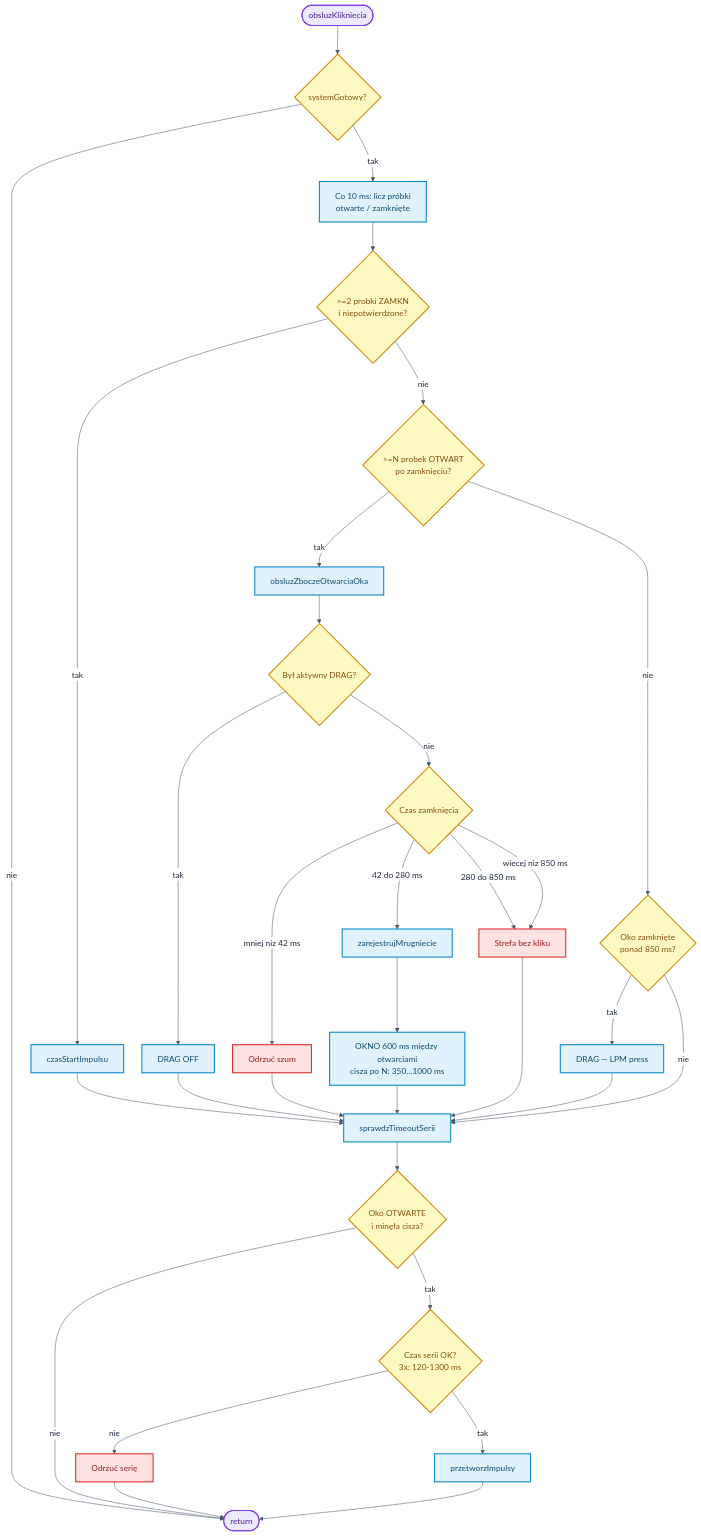
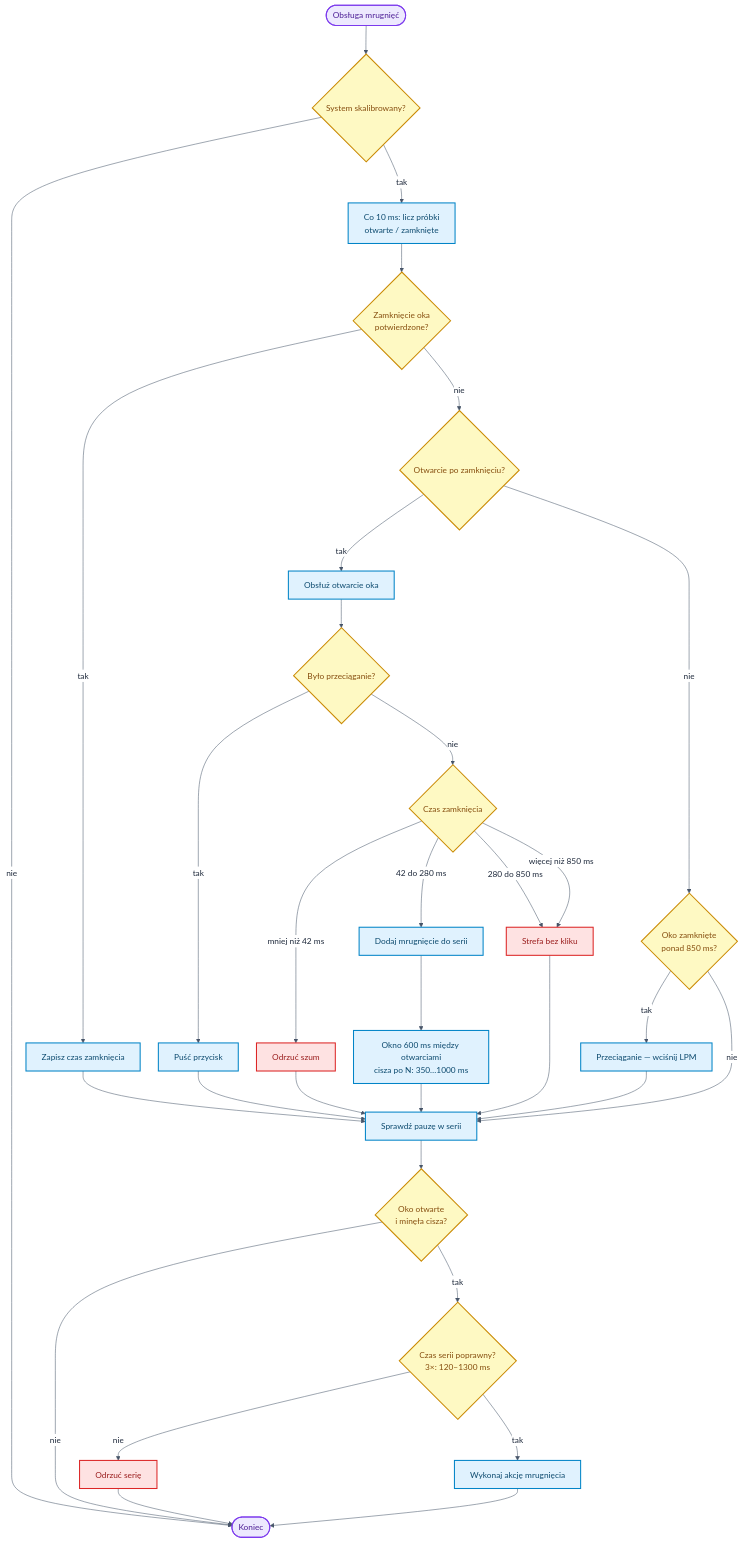
One commit to bartkadres-ai/HEFAS-4.0 changed the eighth of 10 diagrams in README.md. Above: the diagram before and after it, drawn with Mermaid. The commit also changed other lines of this file, not shown here.

````diff
--- a/README.md
+++ b/README.md
@@ -546,50 +546,50 @@
 ```mermaid
-%%{init: {'theme':'base','themeVariables':{'background':'#ffffff','mainBkg':'#ffffff','primaryColor':'#ffffff','primaryTextColor':'#1e293b','primaryBorderColor':'#64748b','lineColor':'#475569','edgeLabelBackground':'#ffffff'},'flowchart':{'curve':'basis','nodeSpacing':35,'rankSpacing':55}}}%%
+%%{init: {"theme":"base","themeVariables":{"background":"#ffffff","mainBkg":"#ffffff","secondaryColor":"#ffffff","tertiaryColor":"#ffffff","primaryColor":"#ffffff","primaryTextColor":"#1e293b","secondaryTextColor":"#1e293b","tertiaryTextColor":"#1e293b","primaryBorderColor":"#64748b","lineColor":"#475569","clusterBkg":"#f8fafc","clusterBorder":"#cbd5e1","edgeLabelBackground":"#ffffff","textColor":"#1e293b"},"themeCSS":".mermaid,.mermaid svg{background-color:#ffffff!important;padding:8px}.nodeLabel,.edgeLabel,.label,.cluster-label{color:#1e293b!important}.cluster rect{fill:#f8fafc!important;stroke:#cbd5e1!important}","flowchart":{"curve":"basis","nodeSpacing":35,"rankSpacing":55}}}%%
 flowchart TD
-    M0([obsluzKlikniecia]) --> RDY{systemGotowy?}
-    RDY -->|nie| MX([return])
+    M0([Obsługa mrugnięć]) --> RDY{System skalibrowany?}
+    RDY -->|nie| MX([Koniec])
     RDY -->|tak| CNT["Co 10 ms: licz próbki<br/>otwarte / zamknięte"]
 
-    CNT --> C1{>=2 probki ZAMKN<br/>i niepotwierdzone?}
-    C1 -->|tak| CS[czasStartImpulsu]
-    C1 -->|nie| C2{>=N probek OTWART<br/>po zamknięciu?}
+    CNT --> C1{Zamknięcie oka<br/>potwierdzone?}
+    C1 -->|tak| CS[Zapisz czas zamknięcia]
+    C1 -->|nie| C2{Otwarcie po zamknięciu?}
 
-    C2 -->|tak| EDGE[obsluzZboczeOtwarciaOka]
+    C2 -->|tak| EDGE[Obsłuż otwarcie oka]
     C2 -->|nie| C3{Oko zamknięte<br/>ponad 850 ms?}
-    C3 -->|tak| DRG[DRAG — LPM press]
+    C3 -->|tak| DRG[Przeciąganie — wciśnij LPM]
     C3 -->|nie| TM
 
-    EDGE --> E1{Był aktywny DRAG?}
-    E1 -->|tak| DRGOFF[DRAG OFF]
+    EDGE --> E1{Było przeciąganie?}
+    E1 -->|tak| DRGOFF[Puść przycisk]
     E1 -->|nie| E2{Czas zamknięcia}
-    E2 -->|mniej niz 42 ms| ART[Odrzuć szum]
-    E2 -->|42 do 280 ms| REG[zarejestrujMrugniecie]
+    E2 -->|mniej niż 42 ms| ART[Odrzuć szum]
+    E2 -->|42 do 280 ms| REG[Dodaj mrugnięcie do serii]
     E2 -->|280 do 850 ms| STREFA[Strefa bez kliku]
-    E2 -->|wiecej niz 850 ms| STREFA
+    E2 -->|więcej niż 850 ms| STREFA
 
-    REG --> REGD["OKNO 600 ms między otwarciami<br/>cisza po N: 350…1000 ms"]
+    REG --> REGD["Okno 600 ms między otwarciami<br/>cisza po N: 350…1000 ms"]
 
     CS --> TM
     DRG --> TM
     DRGOFF --> TM
     ART --> TM
     STREFA --> TM
-    REGD --> TM[sprawdzTimeoutSerii]
+    REGD --> TM[Sprawdź pauzę w serii]
 
-    TM --> T1{Oko OTWARTE<br/>i minęła cisza?}
+    TM --> T1{Oko otwarte<br/>i minęła cisza?}
     T1 -->|nie| MX
-    T1 -->|tak| T2{Czas serii OK?<br/>3x: 120-1300 ms}
+    T1 -->|tak| T2{Czas serii poprawny?<br/>3×: 120–1300 ms}
     T2 -->|nie| DROP[Odrzuć serię]
-    T2 -->|tak| ACT[przetworzImpulsy]
+    T2 -->|tak| ACT[Wykonaj akcję mrugnięcia]
     DROP --> MX
     ACT --> MX
 
     classDef startEnd fill:#ede9fe,stroke:#7c3aed,stroke-width:2px,color:#4c1d95
     classDef process fill:#e0f2fe,stroke:#0284c7,stroke-width:2px,color:#0c4a6e
     classDef decision fill:#fef9c3,stroke:#ca8a04,stroke-width:2px,color:#854d0e
     classDef warn fill:#fee2e2,stroke:#dc2626,stroke-width:2px,color:#991b1b
     class M0,MX startEnd
     class CNT,CS,EDGE,DRG,DRGOFF,REG,REGD,TM,ACT process
     class RDY,C1,C2,C3,E1,E2,T1,T2 decision
     class ART,STREFA,DROP warn
 ```
````
